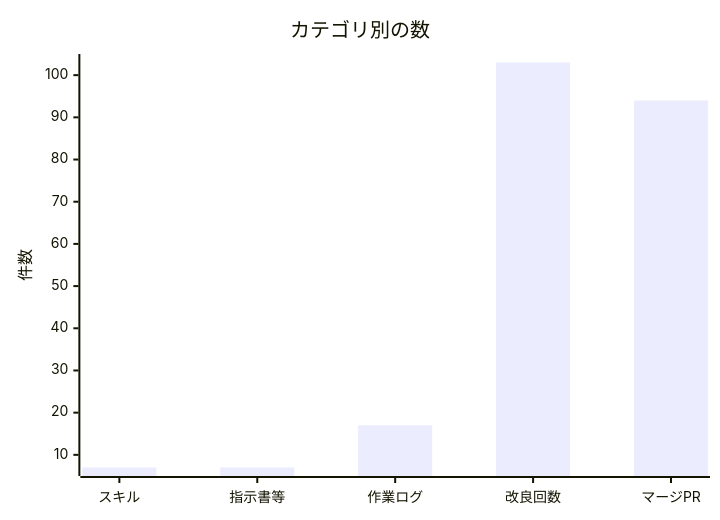
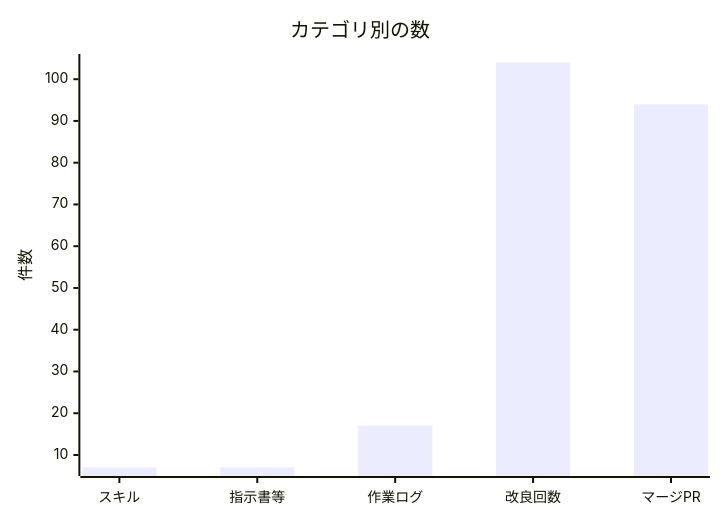
One commit to non-x2/non-x2 changed the second of 2 diagrams in docs/進化レポート.md. Above: the diagram before and after it, drawn with Mermaid. The commit also changed other lines of this file and 4 other files, not shown here.

````diff
--- a/docs/進化レポート.md
+++ b/docs/進化レポート.md
@@ -33,7 +33,7 @@
 ```mermaid
 xychart-beta
     title "カテゴリ別の数"
     x-axis ["スキル", "指示書等", "作業ログ", "改良回数", "マージPR"]
     y-axis "件数"
-    bar [7, 7, 17, 103, 94]
+    bar [7, 7, 17, 104, 94]
 ```
````
